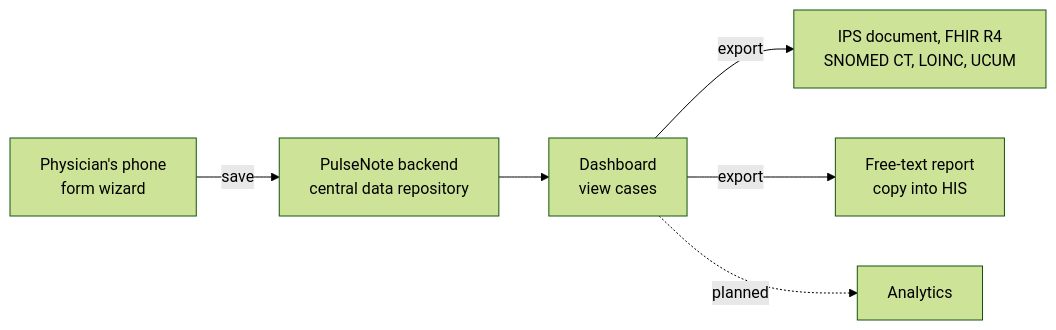
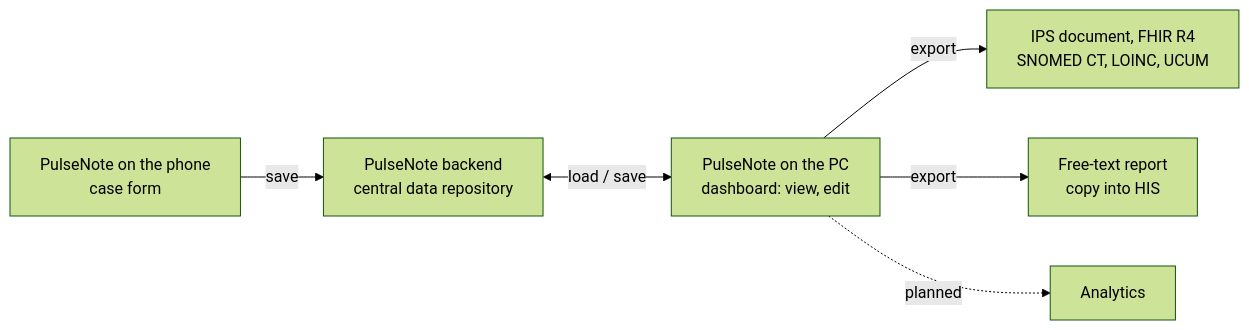
One commit to christophriepe/pulsenote changed the diagram in README.md. Above: the diagram before and after it, drawn with Mermaid (forest theme). The commit also changed other lines of this file and 16 other files, not shown here.

````diff
--- a/README.md
+++ b/README.md
@@ -22,8 +25,8 @@
 ```mermaid
 flowchart LR
-    A[Physician's phone<br/>form wizard] -- save --> B[PulseNote backend<br/>central data repository]
-    B --> E[Dashboard<br/>view cases]
+    A[PulseNote on the phone<br/>case form] -- save --> B[PulseNote backend<br/>central data repository]
+    B <-- load / save --> E[PulseNote on the PC<br/>dashboard: view, edit]
     E -- export --> C[IPS document, FHIR R4<br/>SNOMED CT, LOINC, UCUM]
     E -- export --> D[Free-text report<br/>copy into HIS]
     E -. planned .-> F[Analytics]
 ```
````
